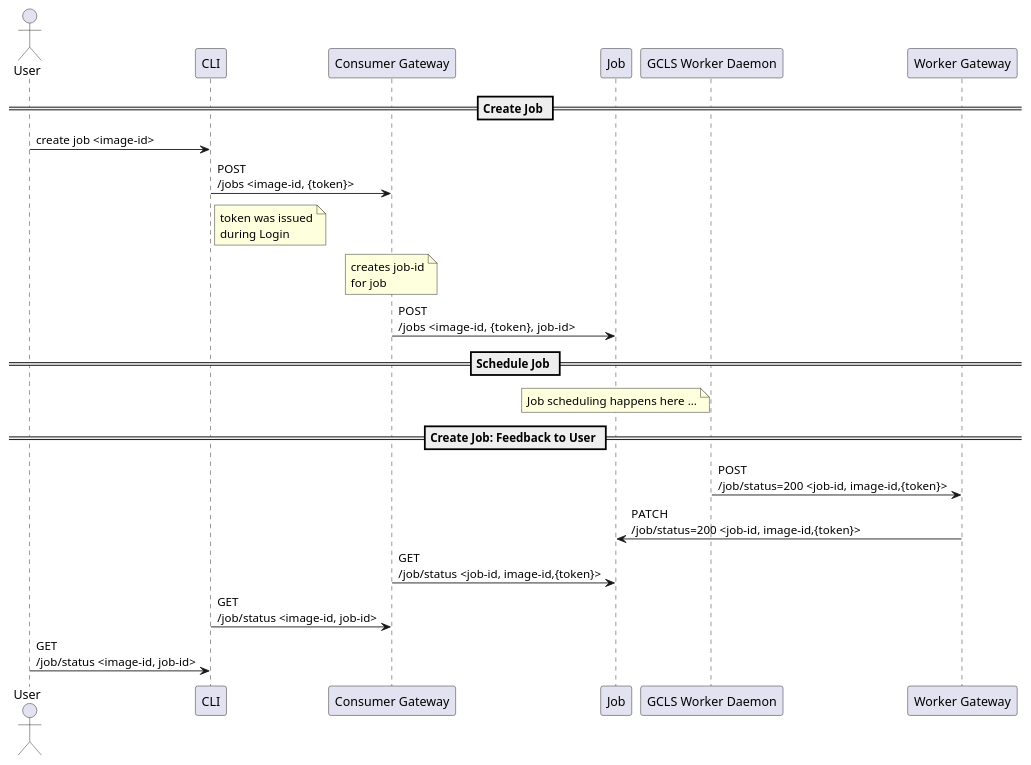
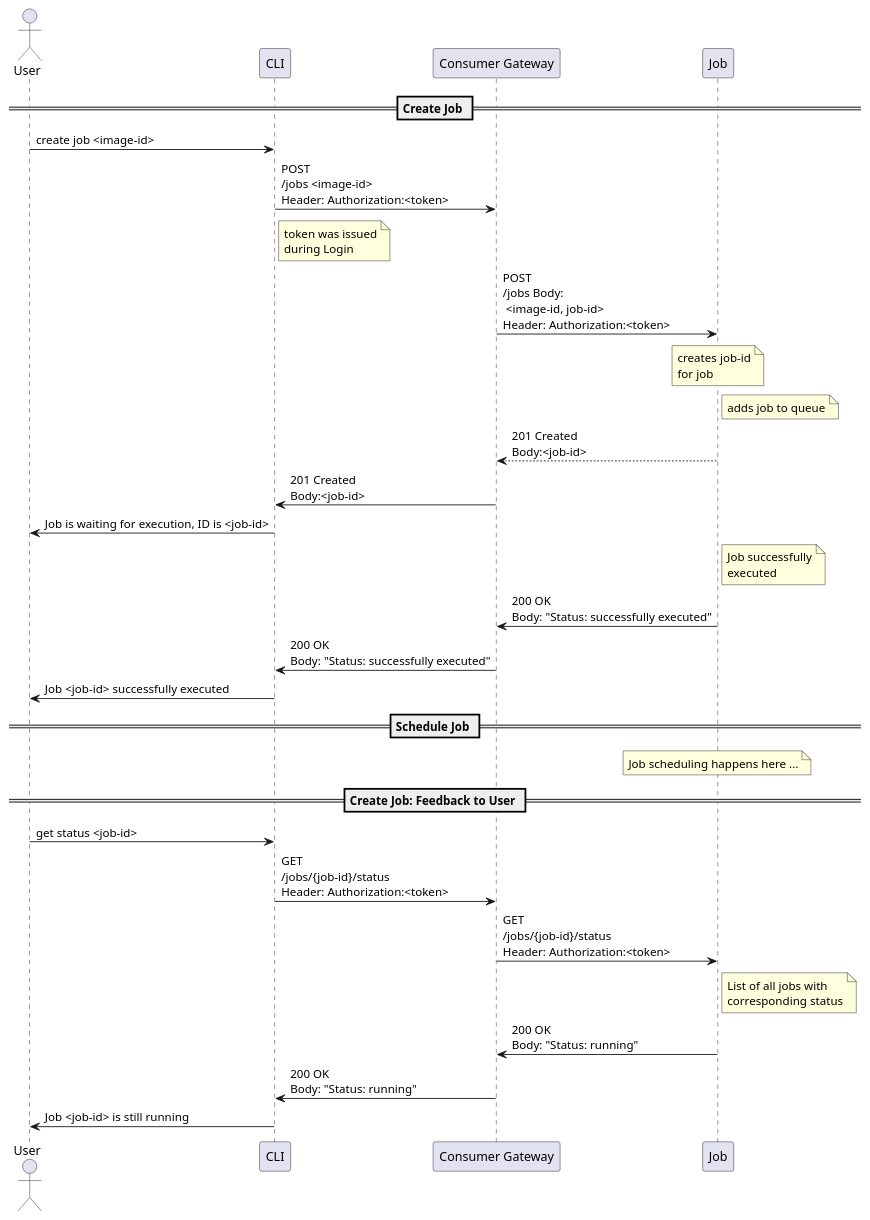
Before and after one commit to informatik-mannheim/cmg-ss2025: the diagram in phase01-ella/create-job.puml, drawn with PlantUML.

Commit message:
Minor changed to sequence diagram

```diff
--- a/phase01-ella/create-job.puml
+++ b/phase01-ella/create-job.puml
@@ -1,23 +1,35 @@
 @startuml
 actor "User"
 
 
 == Create Job ==
 User -> CLI: create job <image-id>
-CLI -> "Consumer Gateway": POST\n/jobs <image-id, {token}>
+CLI -> "Consumer Gateway": POST\n/jobs <image-id>\nHeader: Authorization:<token>
 note right of CLI: token was issued\nduring Login
-note over "Consumer Gateway": creates job-id\nfor job
-"Consumer Gateway" -> Job: POST\n/jobs  <image-id, {token}, job-id>
+"Consumer Gateway" -> Job: POST\n/jobs Body:\n <image-id, job-id>\nHeader: Authorization:<token>
+note over "Job": creates job-id\nfor job
+
+note right of Job: adds job to queue
+Job --> "Consumer Gateway": 201 Created\nBody:<job-id>
+"Consumer Gateway" -> CLI: 201 Created\nBody:<job-id>
+"CLI" -> User: Job is waiting for execution, ID is <job-id>
+note right of "Job": Job successfully\nexecuted
+"Job" -> "Consumer Gateway": 200 OK\nBody: "Status: successfully executed"
+"Consumer Gateway"->"CLI": 200 OK\nBody: "Status: successfully executed"
+"CLI"->"User": Job <job-id> successfully executed
 
 
 == Schedule Job ==
 note over Job: Job scheduling happens here ... 
 
 == Create Job: Feedback to User ==
-"GCLS Worker Daemon" -> "Worker Gateway": POST\n/job/status=200 <job-id, image-id,{token}>
-"Worker Gateway" -> "Job": PATCH\n/job/status=200 <job-id, image-id,{token}>
-"Consumer Gateway" -> "Job": GET\n/job/status <job-id, image-id,{token}>
-"CLI" -> "Consumer Gateway": GET\n/job/status <image-id, job-id>
-"User" -> "CLI": GET\n/job/status <image-id, job-id>
+"User" -> "CLI": get status <job-id>
+
+"CLI" -> "Consumer Gateway": GET\n/jobs/{job-id}/status \nHeader: Authorization:<token>
+"Consumer Gateway" -> "Job": GET\n/jobs/{job-id}/status \nHeader: Authorization:<token>
+note right of Job: List of all jobs with\ncorresponding status
+"Job" -> "Consumer Gateway": 200 OK\nBody: "Status: running"
+"Consumer Gateway"->"CLI": 200 OK\nBody: "Status: running"
+"CLI"->"User": Job <job-id> is still running
 
 @enduml
```
